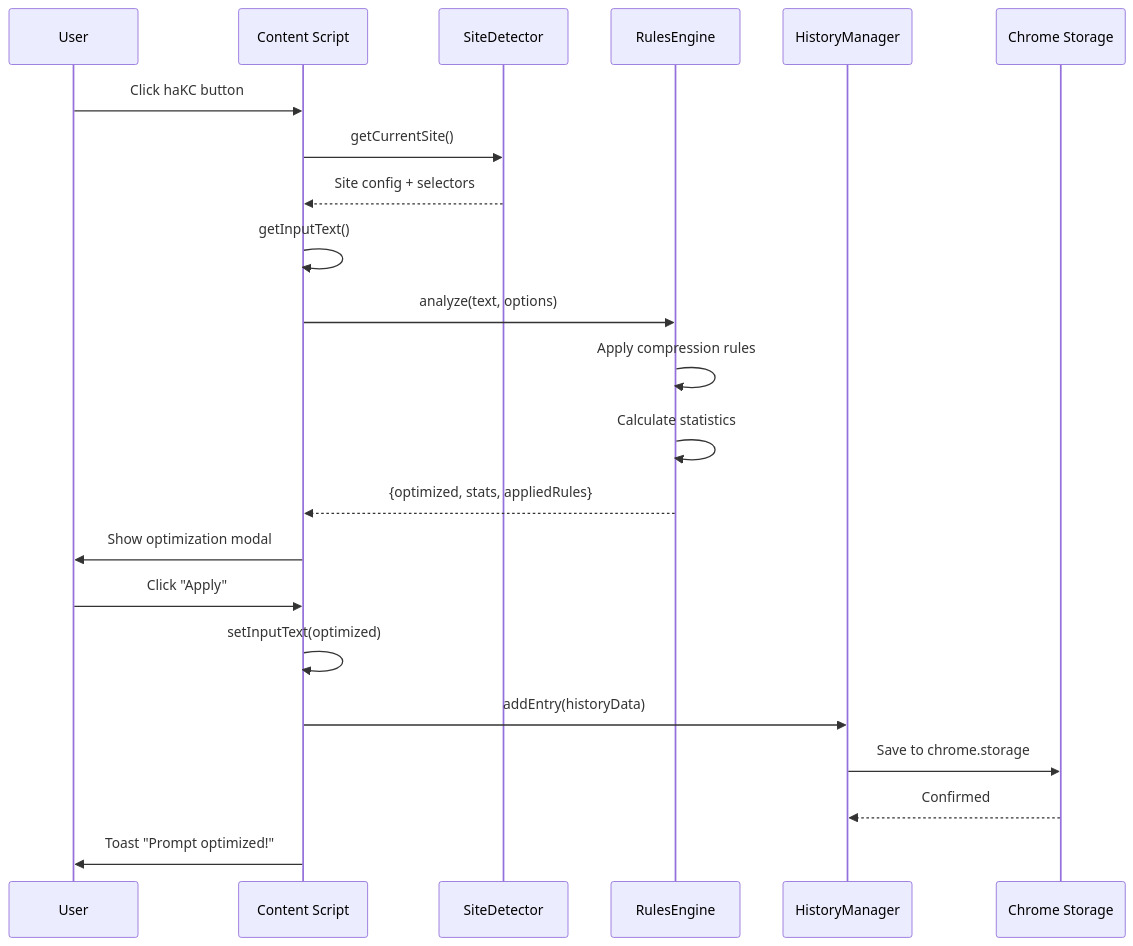
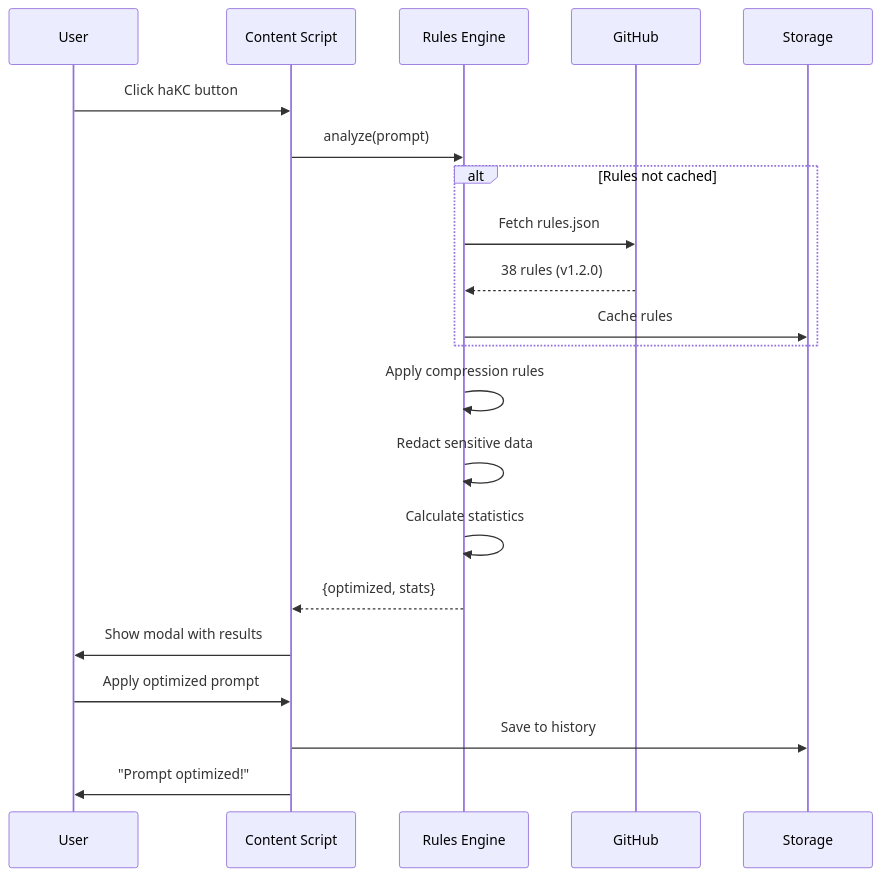
One commit to haKC-ai/prompthakcer changed the fifth of 5 diagrams in README.md. Above: the diagram before and after it, drawn with Mermaid. The commit also changed other lines of this file and 16 other files, not shown here.

````diff
--- a/README.md
+++ b/README.md
@@ -258,25 +336,27 @@
 ```mermaid
 sequenceDiagram
     participant U as User
     participant CS as Content Script
-    participant SD as SiteDetector
-    participant RE as RulesEngine
-    participant HM as HistoryManager
-    participant ST as Chrome Storage
+    participant RE as Rules Engine
+    participant GH as GitHub
+    participant ST as Storage
 
     U->>CS: Click haKC button
-    CS->>SD: getCurrentSite()
-    SD-->>CS: Site config + selectors
-    CS->>CS: getInputText()
-    CS->>RE: analyze(text, options)
+    CS->>RE: analyze(prompt)
+
+    alt Rules not cached
+        RE->>GH: Fetch rules.json
+        GH-->>RE: 38 rules (v1.2.0)
+        RE->>ST: Cache rules
+    end
+
     RE->>RE: Apply compression rules
+    RE->>RE: Redact sensitive data
     RE->>RE: Calculate statistics
-    RE-->>CS: {optimized, stats, appliedRules}
-    CS->>U: Show optimization modal
-    U->>CS: Click "Apply"
-    CS->>CS: setInputText(optimized)
-    CS->>HM: addEntry(historyData)
-    HM->>ST: Save to chrome.storage
-    ST-->>HM: Confirmed
-    CS->>U: Toast "Prompt optimized!"
+    RE-->>CS: {optimized, stats}
+
+    CS->>U: Show modal with results
+    U->>CS: Apply optimized prompt
+    CS->>ST: Save to history
+    CS->>U: "Prompt optimized!"
 ```
````
